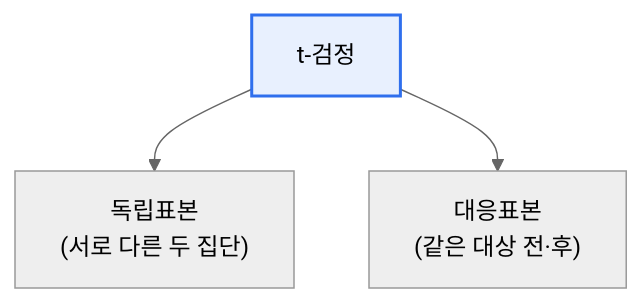
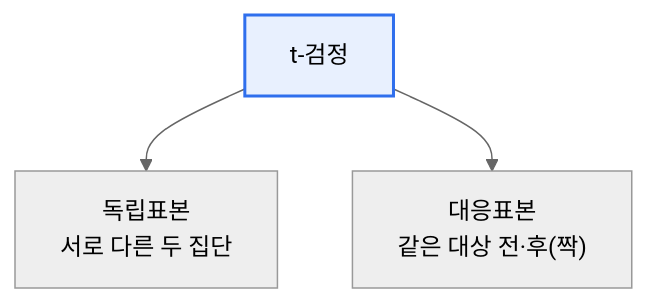
Before and after one commit to coninggu/wjdqhrhksflrltnftk: the diagram in content/t-test-independent-paired.md, drawn with Mermaid (neutral theme). The commit also changed other lines of this file and 4 other files, not shown here.

````diff
--- a/content/t-test-independent-paired.md
+++ b/content/t-test-independent-paired.md
@@ -12,6 +15,6 @@
 ```mermaid
 flowchart TB
-  T[t-검정] --> I["독립표본<br/>(서로 다른 두 집단)"]
-  T --> P["대응표본<br/>(같은 대상 전·후)"]
+  T[t-검정] --> I["독립표본<br/>서로 다른 두 집단"]
+  T --> P["대응표본<br/>같은 대상 전·후(짝)"]
   style T fill:#e8f0fe,stroke:#2f6fed,stroke-width:2px
 ```
````
